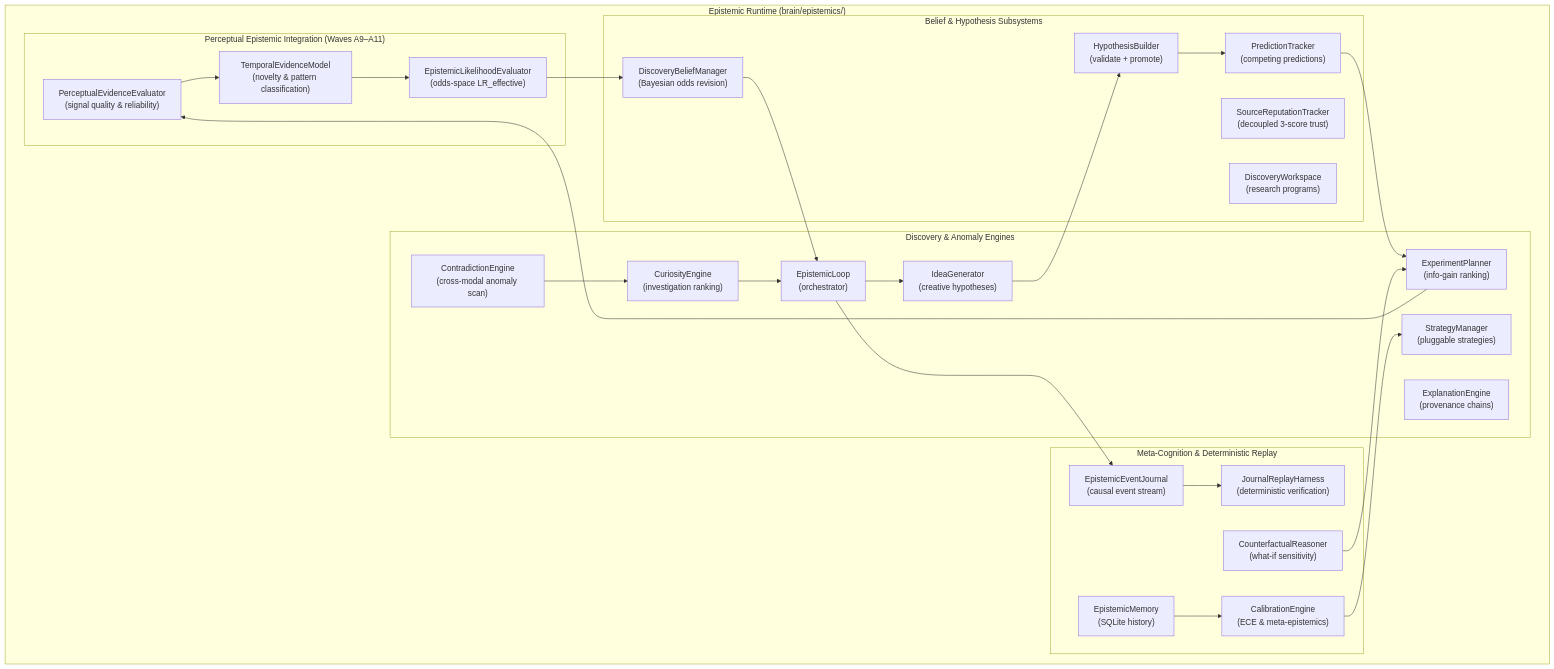
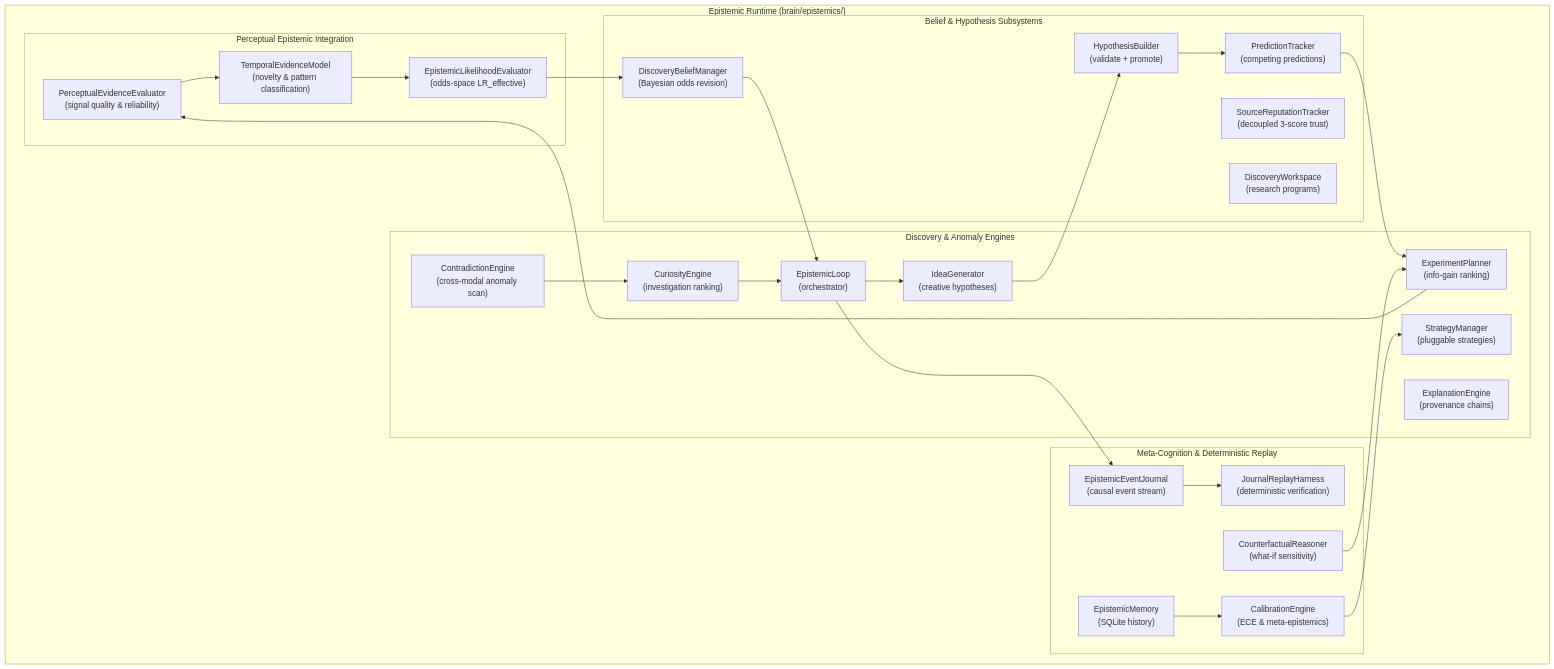
One commit to HBLLM/hbllm-core changed the first of 2 diagrams in docs/architecture/epistemics.md. Above: the diagram before and after it, drawn with Mermaid. The commit also changed other lines of this file and 6 other files, not shown here.

Commit message:
docs(core): update architecture documentation and remove internal developmental wave terminology

````diff
--- a/docs/architecture/epistemics.md
+++ b/docs/architecture/epistemics.md
@@ -142,55 +142,55 @@
 ```mermaid
 graph TB
     subgraph "Epistemic Runtime (brain/epistemics/)"
-        subgraph "Perceptual Epistemic Integration (Waves A9–A11)"
+        subgraph "Perceptual Epistemic Integration"
             PEE["PerceptualEvidenceEvaluator\n(signal quality & reliability)"]
             TEM["TemporalEvidenceModel\n(novelty & pattern classification)"]
             ELE["EpistemicLikelihoodEvaluator\n(odds-space LR_effective)"]
         end
 
         subgraph "Belief & Hypothesis Subsystems"
             BM["DiscoveryBeliefManager\n(Bayesian odds revision)"]
             REP["SourceReputationTracker\n(decoupled 3-score trust)"]
             WS["DiscoveryWorkspace\n(research programs)"]
             HB["HypothesisBuilder\n(validate + promote)"]
             PT["PredictionTracker\n(competing predictions)"]
         end
 
         subgraph "Discovery & Anomaly Engines"
             CUR["CuriosityEngine\n(investigation ranking)"]
             IG["IdeaGenerator\n(creative hypotheses)"]
             EP["ExperimentPlanner\n(info-gain ranking)"]
             CE["ContradictionEngine\n(cross-modal anomaly scan)"]
             EX["ExplanationEngine\n(provenance chains)"]
             RS["StrategyManager\n(pluggable strategies)"]
             LOOP["EpistemicLoop\n(orchestrator)"]
         end
 
         subgraph "Meta-Cognition & Deterministic Replay"
             MEM["EpistemicMemory\n(SQLite history)"]
             CAL["CalibrationEngine\n(ECE & meta-epistemics)"]
             CF["CounterfactualReasoner\n(what-if sensitivity)"]
             JRN["EpistemicEventJournal\n(causal event stream)"]
             RPL["JournalReplayHarness\n(deterministic verification)"]
         end
     end
 
     PEE --> TEM
     TEM --> ELE
     ELE --> BM
     BM --> LOOP
 
     CUR --> LOOP
     LOOP --> IG
     IG --> HB
     HB --> PT
     PT --> EP
     EP --> PEE
     CE --> CUR
 
     LOOP --> JRN
     JRN --> RPL
     MEM --> CAL
     CAL --> RS
     CF --> EP
 ```
````
